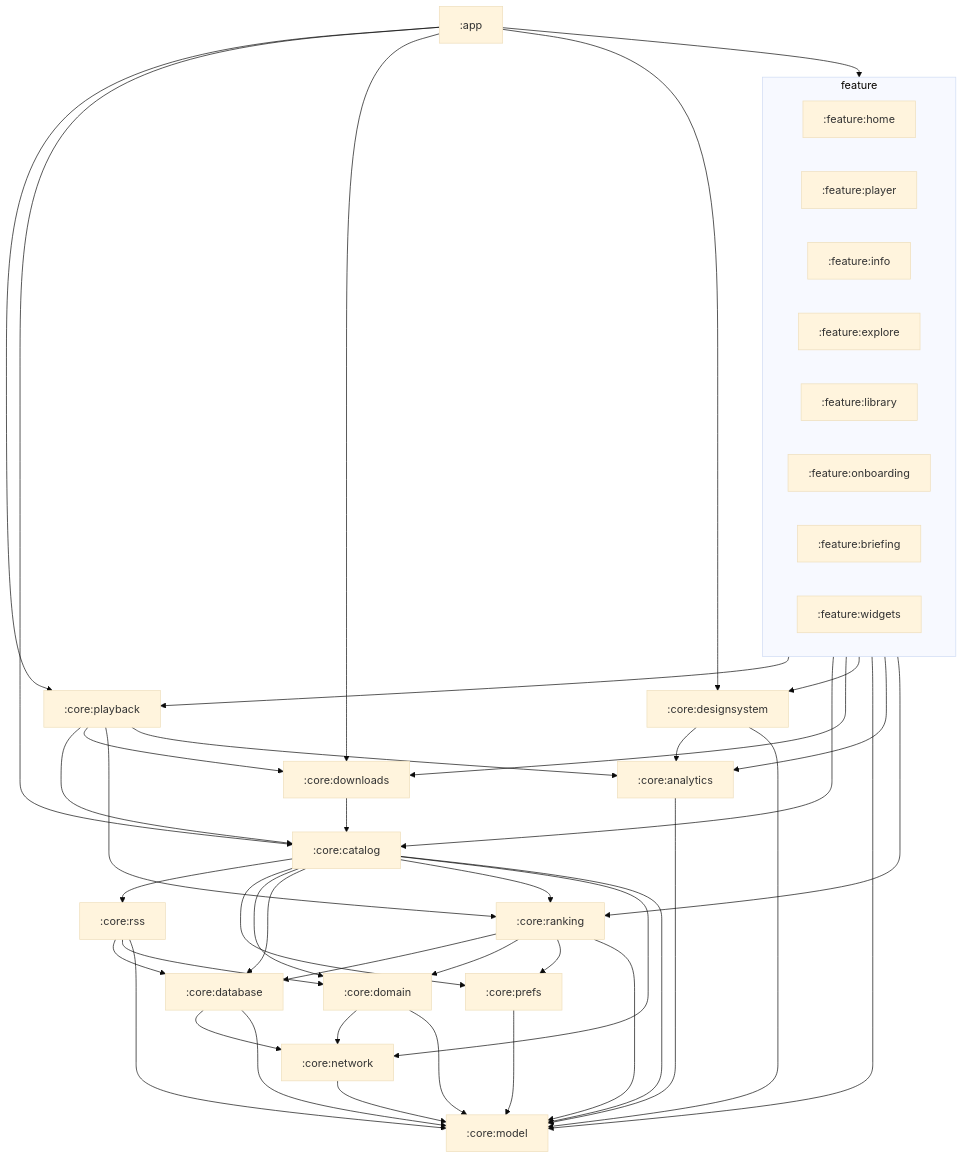
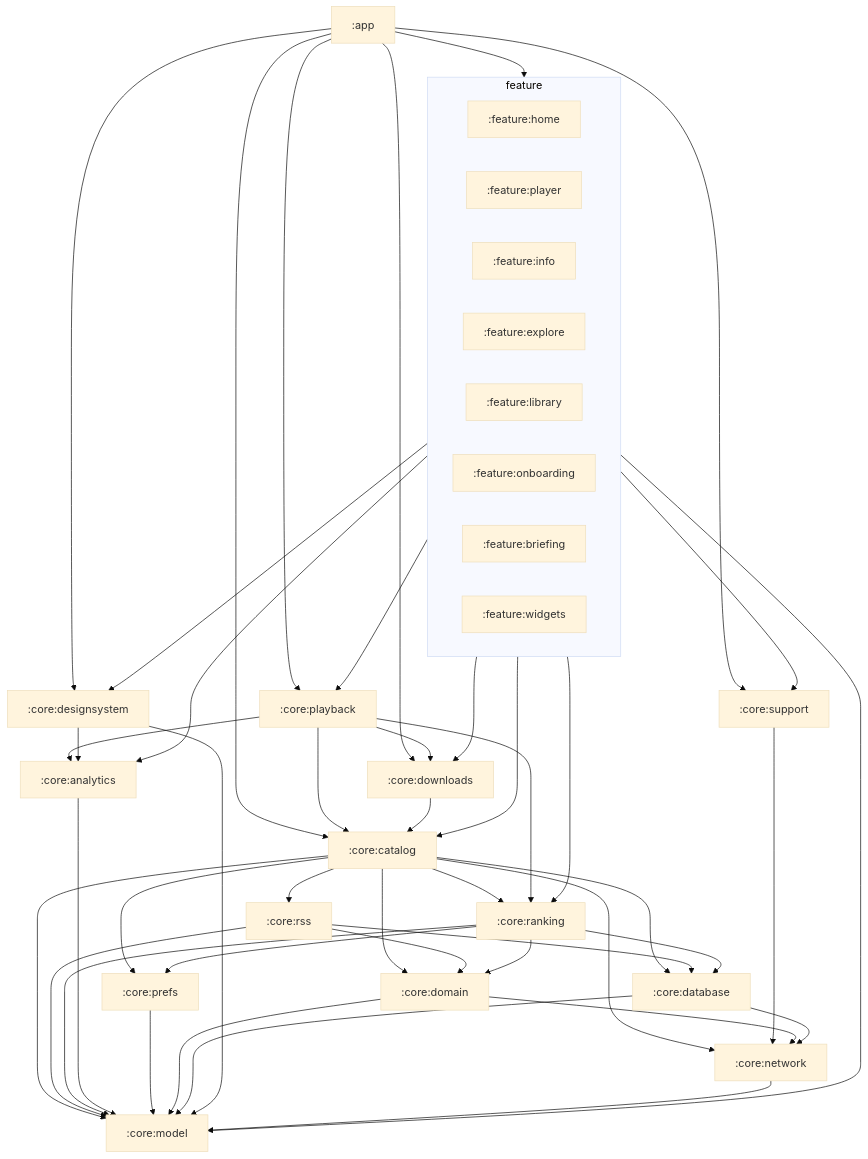
The diagram in ARCHITECTURE.md (boxcreate/boxlore), drawn with Mermaid (base theme) before and after one commit. The commit also changed other lines of this file and 64 other files, not shown here.

````diff
--- a/ARCHITECTURE.md
+++ b/ARCHITECTURE.md
@@ -98,67 +100,71 @@
 ```mermaid
 flowchart TB
   app[:app]
   subgraph features [feature]
     home[:feature:home]
     player[:feature:player]
     info[:feature:info]
     explore[:feature:explore]
     library[:feature:library]
     onboarding[:feature:onboarding]
     briefing[:feature:briefing]
     widgets[:feature:widgets]
   end
   playback[:core:playback]
   catalog[:core:catalog]
   rss[:core:rss]
   analytics[:core:analytics]
   downloads[:core:downloads]
   ranking[:core:ranking]
   prefs[:core:prefs]
   domain[:core:domain]
   database[:core:database]
   network[:core:network]
+  support[:core:support]
   design[:core:designsystem]
   model[:core:model]
 
   app --> features
   app --> playback
   app --> catalog
   app --> downloads
   app --> design
   features --> playback
   features --> catalog
   features --> downloads
   features --> design
   features --> model
   playback --> catalog
   playback --> downloads
   downloads --> catalog
   catalog --> rss
   catalog --> prefs
   catalog --> domain
   catalog --> database
   catalog --> ranking
   catalog --> network
+  features --> support
+  app --> support
+  support --> network
   catalog --> model
   features --> analytics
   features --> ranking
   playback --> ranking
   playback --> analytics
   design --> analytics
   rss --> database
   rss --> domain
   rss --> model
   ranking --> database
   ranking --> domain
   ranking --> prefs
   ranking --> model
   analytics --> model
   prefs --> model
   domain --> network
   domain --> model
   database --> network
   database --> model
   design --> model
   network --> model
 ```
````
